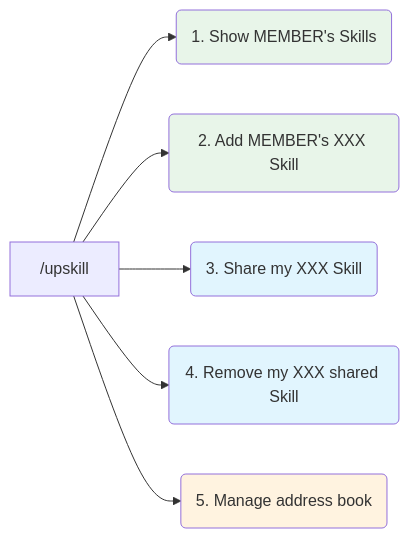
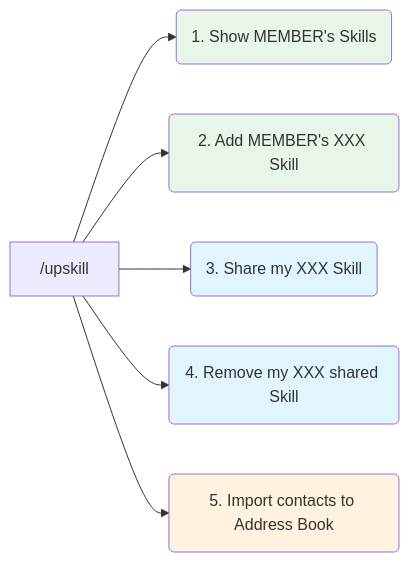
The second of 2 diagrams in usage.md (mingzilla/upskill), drawn with Mermaid before and after one commit. The commit also changed other lines of this file and 2 other files, not shown here.

````diff
--- a/usage.md
+++ b/usage.md
@@ -31,20 +31,20 @@
 ```mermaid
 flowchart LR
     ENTRY["/upskill"]
     OPTION1("1. Show MEMBER's Skills")
     OPTION2("2. Add MEMBER's XXX Skill")
     OPTION3("3. Share my XXX Skill")
     OPTION4("4. Remove my XXX shared Skill")
-    OPTION5("5. Manage address book")
+    OPTION5("5. Import contacts to Address Book")
     
     ENTRY --> OPTION1
     ENTRY --> OPTION2
     ENTRY --> OPTION3
     ENTRY --> OPTION4
     ENTRY --> OPTION5
     style OPTION1 fill: #e8f5e9
     style OPTION2 fill: #e8f5e9
     style OPTION3 fill: #e1f5fe
     style OPTION4 fill: #e1f5fe
     style OPTION5 fill: #fff3e0
 ```
````
